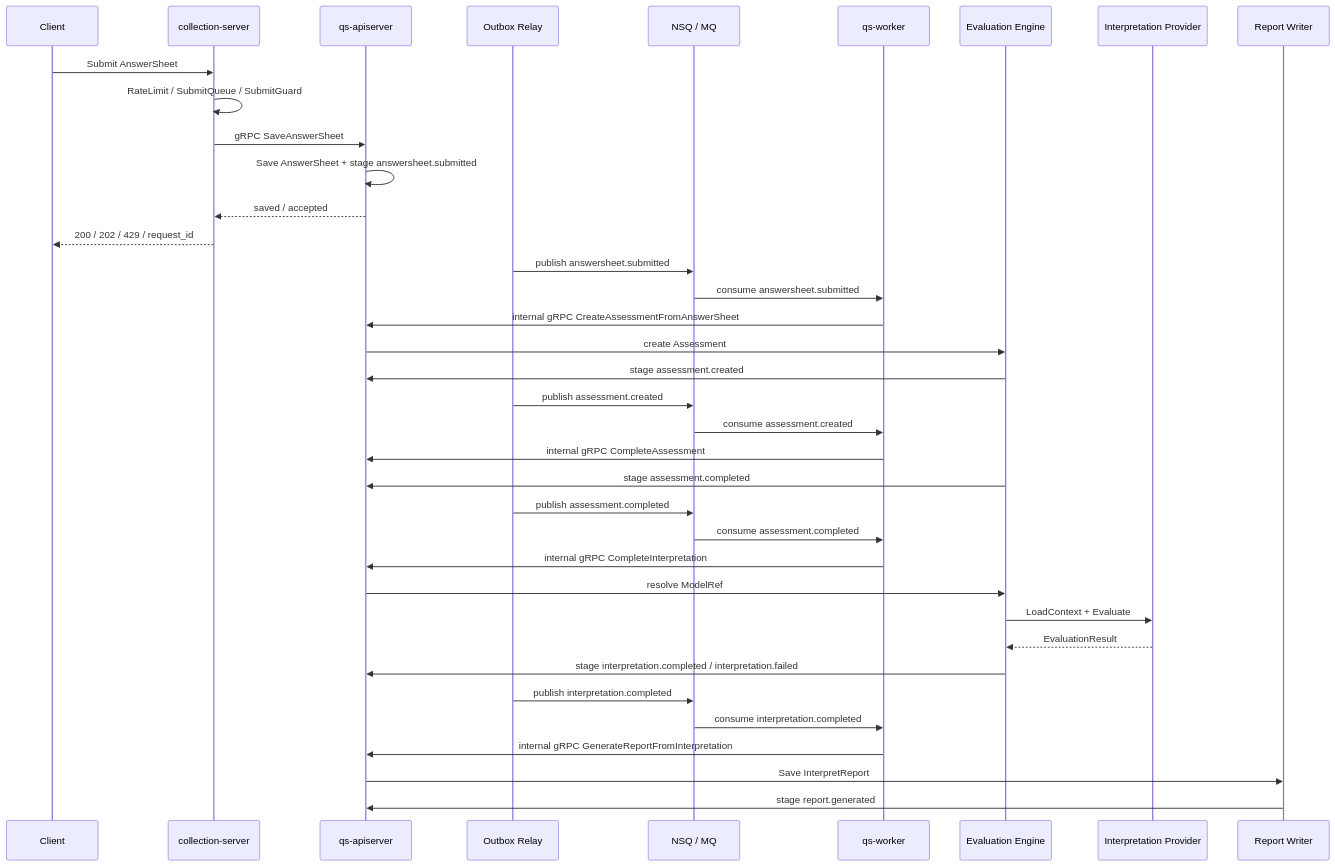
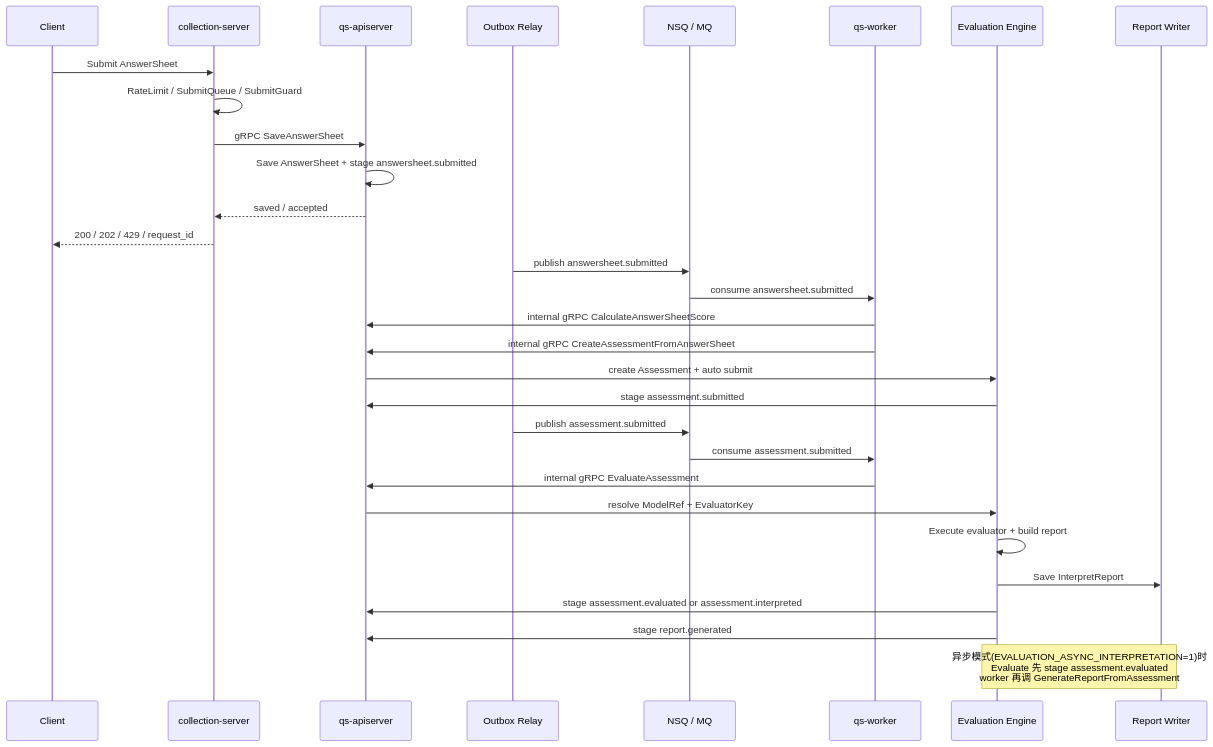
The second of 3 diagrams in README.md (FangcunMount/qs-server), drawn with Mermaid before and after one commit. The commit also changed other lines of this file and 71 other files, not shown here.

````diff
--- a/README.md
+++ b/README.md
@@ -141,44 +141,36 @@
 ```mermaid
 sequenceDiagram
     participant Client as Client
     participant Collection as collection-server
     participant API as qs-apiserver
     participant Outbox as Outbox Relay
     participant MQ as NSQ / MQ
     participant Worker as qs-worker
     participant Eval as Evaluation Engine
-    participant Provider as Interpretation Provider
     participant Report as Report Writer
 
     Client->>Collection: Submit AnswerSheet
     Collection->>Collection: RateLimit / SubmitQueue / SubmitGuard
     Collection->>API: gRPC SaveAnswerSheet
     API->>API: Save AnswerSheet + stage answersheet.submitted
     API-->>Collection: saved / accepted
     Collection-->>Client: 200 / 202 / 429 / request_id
 
     Outbox->>MQ: publish answersheet.submitted
     MQ->>Worker: consume answersheet.submitted
+    Worker->>API: internal gRPC CalculateAnswerSheetScore
     Worker->>API: internal gRPC CreateAssessmentFromAnswerSheet
-    API->>Eval: create Assessment
-    Eval->>API: stage assessment.created
+    API->>Eval: create Assessment + auto submit
+    Eval->>API: stage assessment.submitted
 
-    Outbox->>MQ: publish assessment.created
-    MQ->>Worker: consume assessment.created
-    Worker->>API: internal gRPC CompleteAssessment
-    Eval->>API: stage assessment.completed
+    Outbox->>MQ: publish assessment.submitted
+    MQ->>Worker: consume assessment.submitted
+    Worker->>API: internal gRPC EvaluateAssessment
+    API->>Eval: resolve ModelRef + EvaluatorKey
+    Eval->>Eval: Execute evaluator + build report
+    Eval->>Report: Save InterpretReport
+    Eval->>API: stage assessment.evaluated or assessment.interpreted
+    Eval->>API: stage report.generated
 
-    Outbox->>MQ: publish assessment.completed
-    MQ->>Worker: consume assessment.completed
-    Worker->>API: internal gRPC CompleteInterpretation
-    API->>Eval: resolve ModelRef
-    Eval->>Provider: LoadContext + Evaluate
-    Provider-->>Eval: EvaluationResult
-    Eval->>API: stage interpretation.completed / interpretation.failed
-
-    Outbox->>MQ: publish interpretation.completed
-    MQ->>Worker: consume interpretation.completed
-    Worker->>API: internal gRPC GenerateReportFromInterpretation
-    API->>Report: Save InterpretReport
-    Report->>API: stage report.generated
+    Note over Eval,Report: 异步模式(EVALUATION_ASYNC_INTERPRETATION=1)时<br/>Evaluate 先 stage assessment.evaluated<br/>worker 再调 GenerateReportFromAssessment
 ```
````
